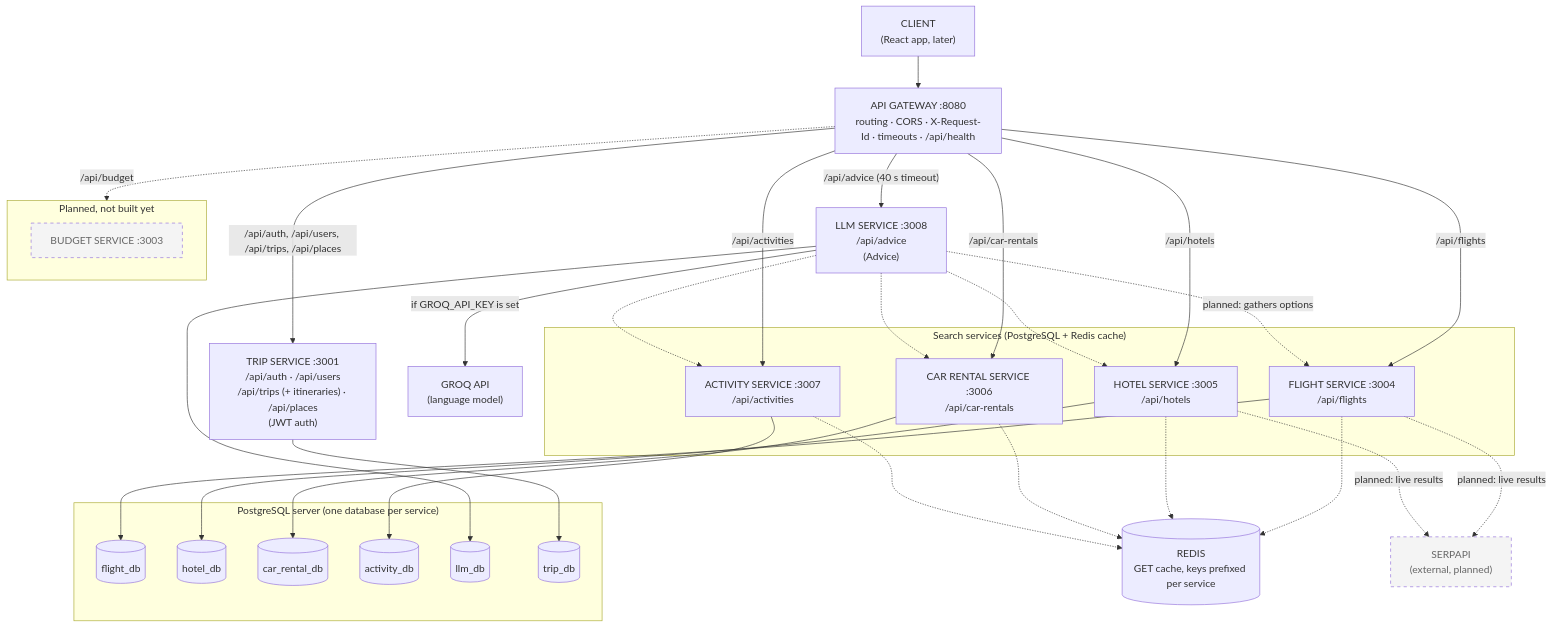
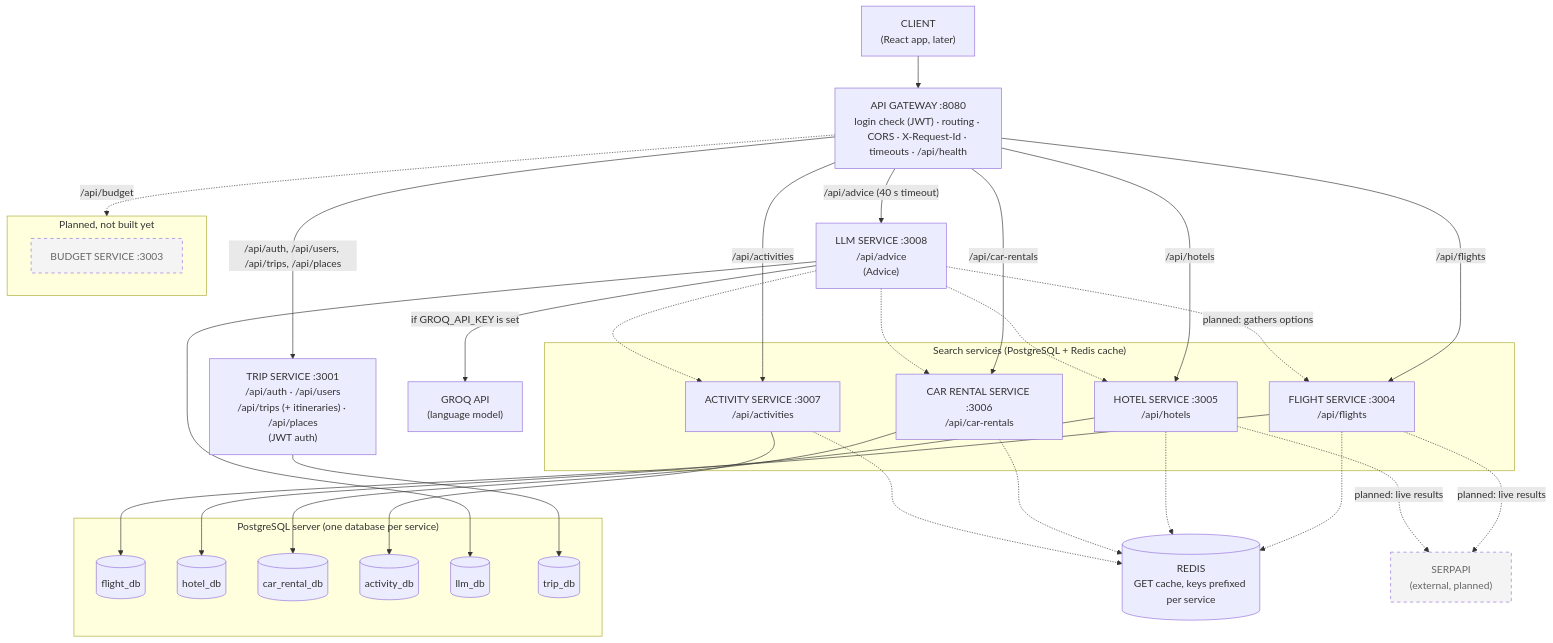
One commit to EricchuftwOmO/Travel-Assistant changed the first of 5 diagrams in docs/ARCHITECTURE.md. Above: the diagram before and after it, drawn with Mermaid. The commit also changed 11 other files, not shown here.

First line of the commit message:
Gateway checks login tokens before forwarding

````diff
--- a/docs/ARCHITECTURE.md
+++ b/docs/ARCHITECTURE.md
@@ -9,72 +9,72 @@
 ```mermaid
 flowchart TB
     client["CLIENT<br/>(React app, later)"]
-    gateway["API GATEWAY :8080<br/>routing · CORS · X-Request-Id · timeouts · /api/health"]
+    gateway["API GATEWAY :8080<br/>login check (JWT) · routing · CORS · X-Request-Id · timeouts · /api/health"]
 
     client --> gateway
 
     subgraph planned["Planned, not built yet"]
         direction LR
         budget["BUDGET SERVICE :3003"]:::planned
     end
 
     trip["TRIP SERVICE :3001<br/>/api/auth · /api/users<br/>/api/trips (+ itineraries) · /api/places<br/>(JWT auth)"]
 
     gateway -->|"/api/auth, /api/users, /api/trips, /api/places"| trip
     gateway -.->|"/api/budget"| budget
 
     subgraph search["Search services (PostgreSQL + Redis cache)"]
         flight["FLIGHT SERVICE :3004<br/>/api/flights"]
         hotel["HOTEL SERVICE :3005<br/>/api/hotels"]
         car["CAR RENTAL SERVICE :3006<br/>/api/car-rentals"]
         activity["ACTIVITY SERVICE :3007<br/>/api/activities"]
     end
 
     llm["LLM SERVICE :3008<br/>/api/advice<br/>(Advice)"]
 
     gateway -->|"/api/flights"| flight
     gateway -->|"/api/hotels"| hotel
     gateway -->|"/api/car-rentals"| car
     gateway -->|"/api/activities"| activity
     gateway -->|"/api/advice (40 s timeout)"| llm
 
     subgraph pg["PostgreSQL server (one database per service)"]
         fdb[("flight_db")]
         hdb[("hotel_db")]
         cdb[("car_rental_db")]
         adb[("activity_db")]
         ldb[("llm_db")]
         tdb[("trip_db")]
     end
 
     redis[("REDIS<br/>GET cache, keys prefixed per service")]
 
     flight --> fdb
     hotel --> hdb
     car --> cdb
     activity --> adb
     llm --> ldb
     trip --> tdb
 
     flight -.-> redis
     hotel -.-> redis
     car -.-> redis
     activity -.-> redis
 
     groq["GROQ API<br/>(language model)"]
     llm -->|"if GROQ_API_KEY is set"| groq
 
     %% Planned: the LLM service is the AI component. It calls the search services directly
     %% (not through the gateway) to gather options for a recommendation summary.
     %% Planned: live flight and hotel results come from SerpApi (Google Flights / Google Hotels).
     serpapi["SERPAPI<br/>(external, planned)"]:::planned
     flight -.->|"planned: live results"| serpapi
     hotel -.->|"planned: live results"| serpapi
 
     llm -.->|"planned: gathers options"| flight
     llm -.-> hotel
     llm -.-> car
     llm -.-> activity
 
     classDef planned stroke-dasharray: 5 5,fill:#f4f4f4,color:#666
 ```
````
